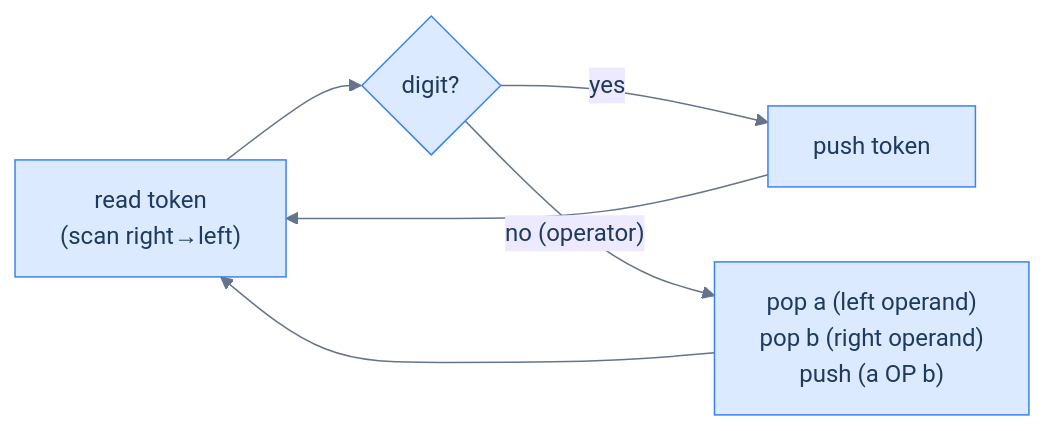
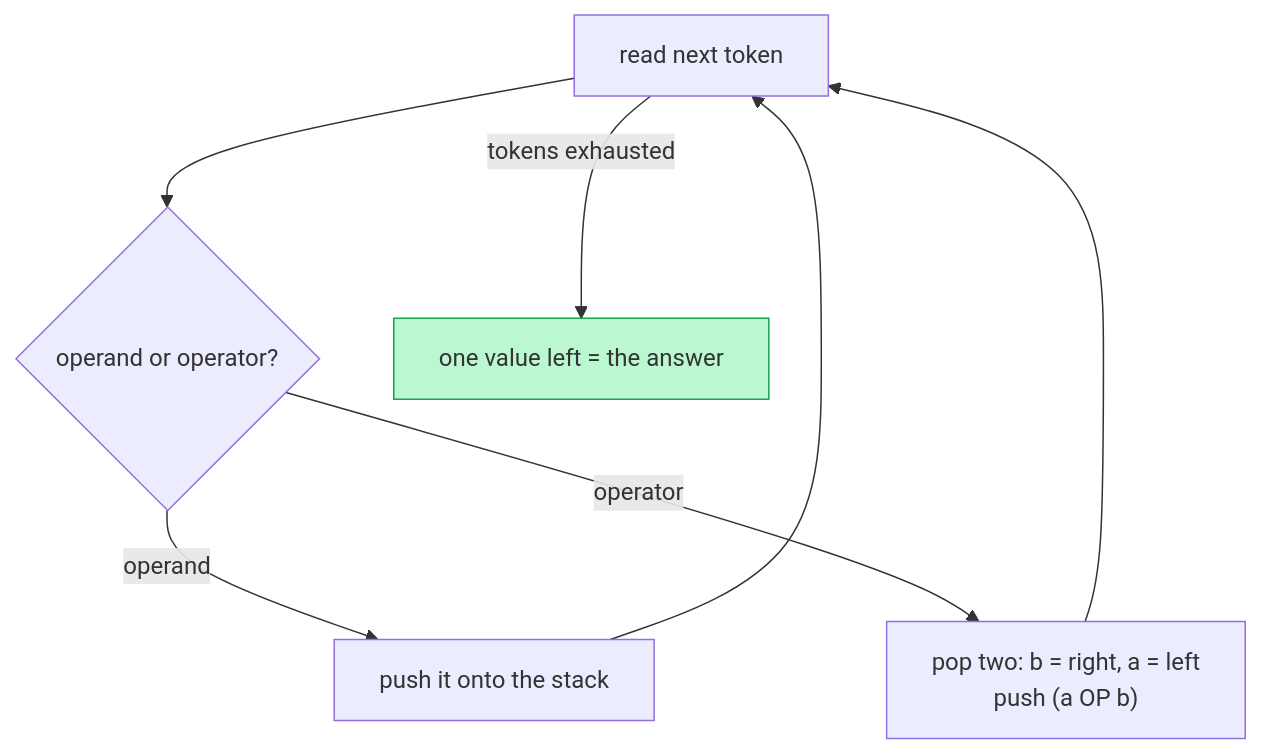
One commit to ani2fun/codefolio changed the diagram in content/cortex/data-structures-and-algorithms/02-linear-structures/05-stack/05-evaluating-expressions-using-stack.md. Above: the diagram before and after it, drawn with Mermaid. The commit also changed other lines of this file and 1049 other files, not shown here.

````diff
--- a/content/cortex/data-structures-and-algorithms/02-linear-structures/05-stack/05-evaluating-expressions-using-stack.md
+++ b/content/cortex/data-structures-and-algorithms/02-linear-structures/05-stack/05-evaluating-expressions-using-stack.md
@@ -408,19 +63,10 @@
 ```mermaid
----
-config:
-  theme: base
-  themeVariables:
-    primaryColor: "#dbeafe"
-    primaryBorderColor: "#3b82f6"
-    primaryTextColor: "#1e3a5f"
-    lineColor: "#64748b"
-    secondaryColor: "#ede9fe"
-    tertiaryColor: "#fef9c3"
----
-flowchart LR
-    R["read token<br/>(scan right→left)"] --> Q{"digit?"}
-    Q -->|"yes"| P["push token"]
-    Q -->|"no (operator)"| O["pop a (left operand)<br/>pop b (right operand)<br/>push (a OP b)"]
-    P --> R
-    O --> R
+flowchart TB
+  start["read next token"] --> q{"operand or operator?"}
+  q -->|operand| push["push it onto the stack"]
+  q -->|operator| pop["pop two: b = right, a = left<br/>push (a OP b)"]
+  push --> start
+  pop --> start
+  start -->|tokens exhausted| done["one value left = the answer"]
+  style done fill:#bbf7d0,stroke:#16a34a
 ```
````
